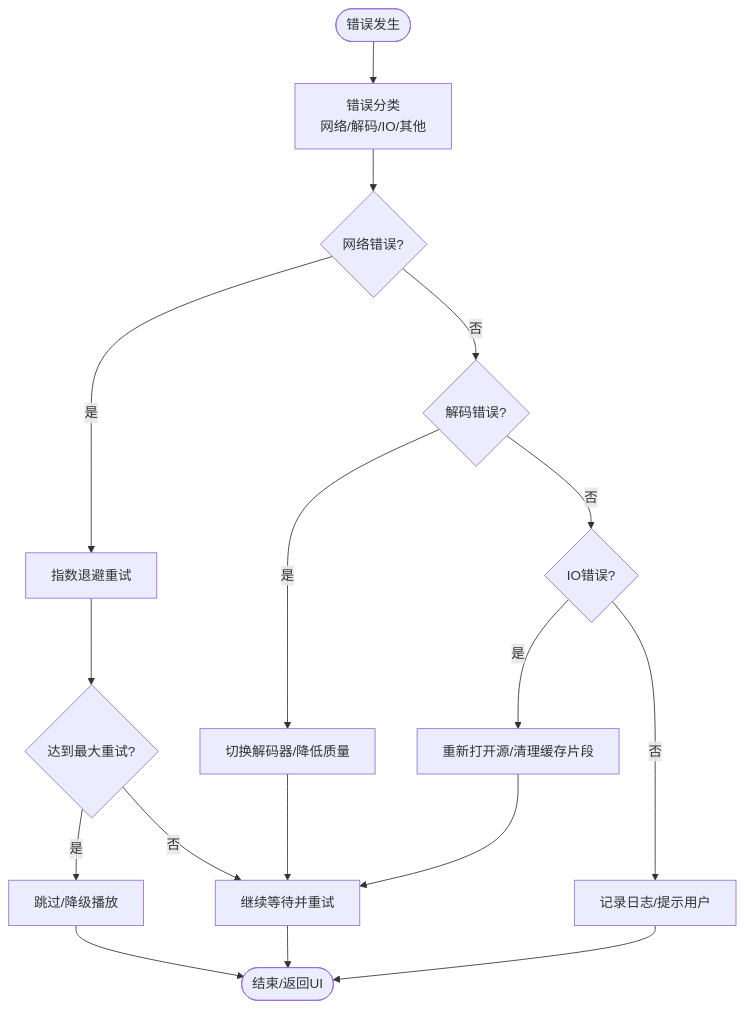
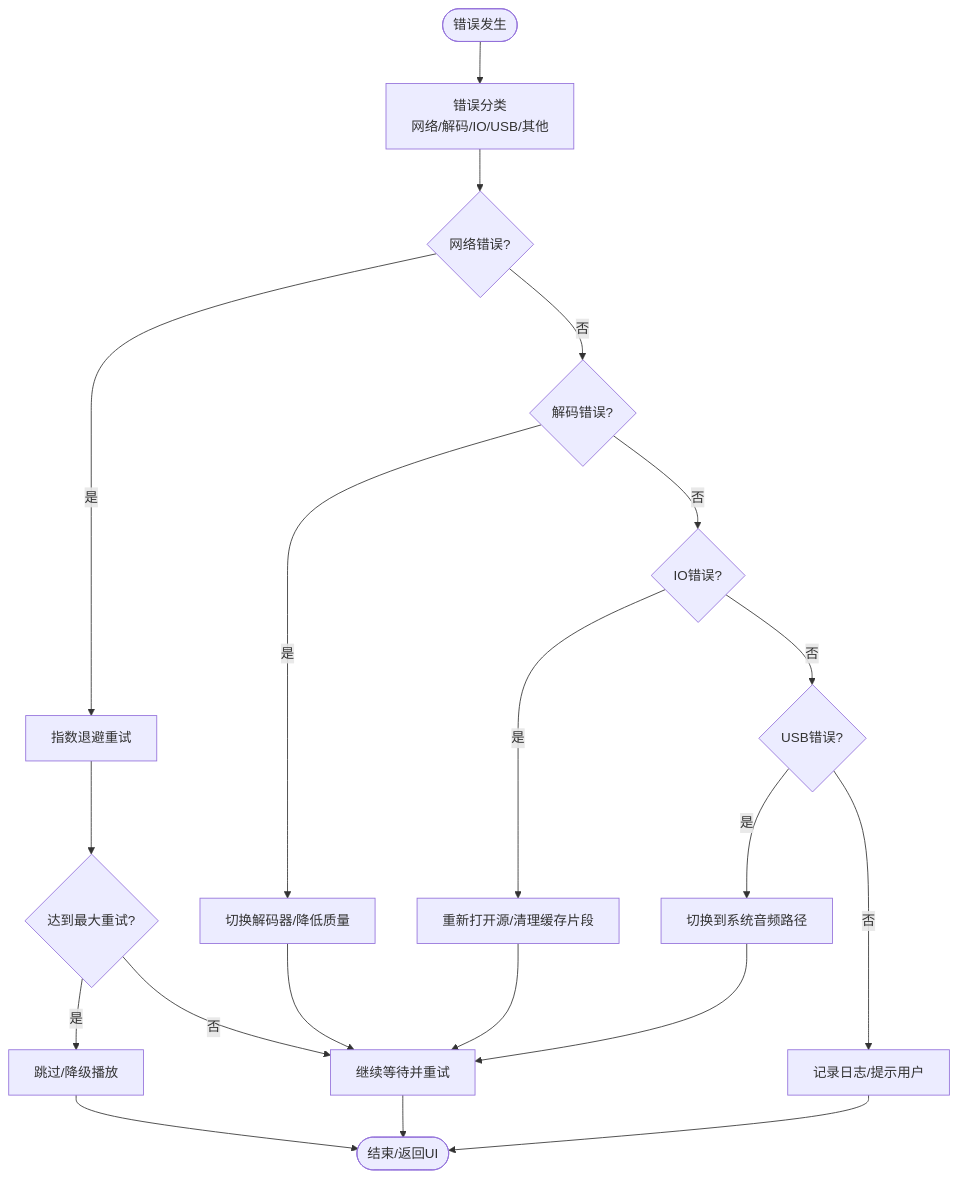
One commit to ysyhlly/Yukine-android changed the fifth of 7 diagrams in .qoder/repowiki/zh/content/播放系统/播放系统.md. Above: the diagram before and after it, drawn with Mermaid. The commit also changed other lines of this file and 254 other files, not shown here.

````diff
--- a/.qoder/repowiki/zh/content/播放系统/播放系统.md
+++ b/.qoder/repowiki/zh/content/播放系统/播放系统.md
@@ -458,19 +452,22 @@
 ```mermaid
 flowchart TD
-Start(["错误发生"]) --> Classify["错误分类<br/>网络/解码/IO/其他"]
+Start(["错误发生"]) --> Classify["错误分类<br/>网络/解码/IO/USB/其他"]
 Classify --> NetErr{"网络错误?"}
 NetErr --> |是| Retry["指数退避重试"]
 NetErr --> |否| DecErr{"解码错误?"}
 DecErr --> |是| Fallback["切换解码器/降低质量"]
 DecErr --> |否| IoErr{"IO错误?"}
 IoErr --> |是| Reopen["重新打开源/清理缓存片段"]
-IoErr --> |否| Other["记录日志/提示用户"]
+IoErr --> |否| UsbErr{"USB错误?"}
+UsbErr --> |是| UsbFallback["切换到系统音频路径"]
+UsbErr --> |否| Other["记录日志/提示用户"]
 Retry --> CheckMax{"达到最大重试?"}
 CheckMax --> |是| Skip["跳过/降级播放"]
 CheckMax --> |否| Resume["继续等待并重试"]
 Fallback --> Resume
 Reopen --> Resume
+UsbFallback --> Resume
 Skip --> End(["结束/返回UI"])
 Resume --> End
 Other --> End
 ```
````
